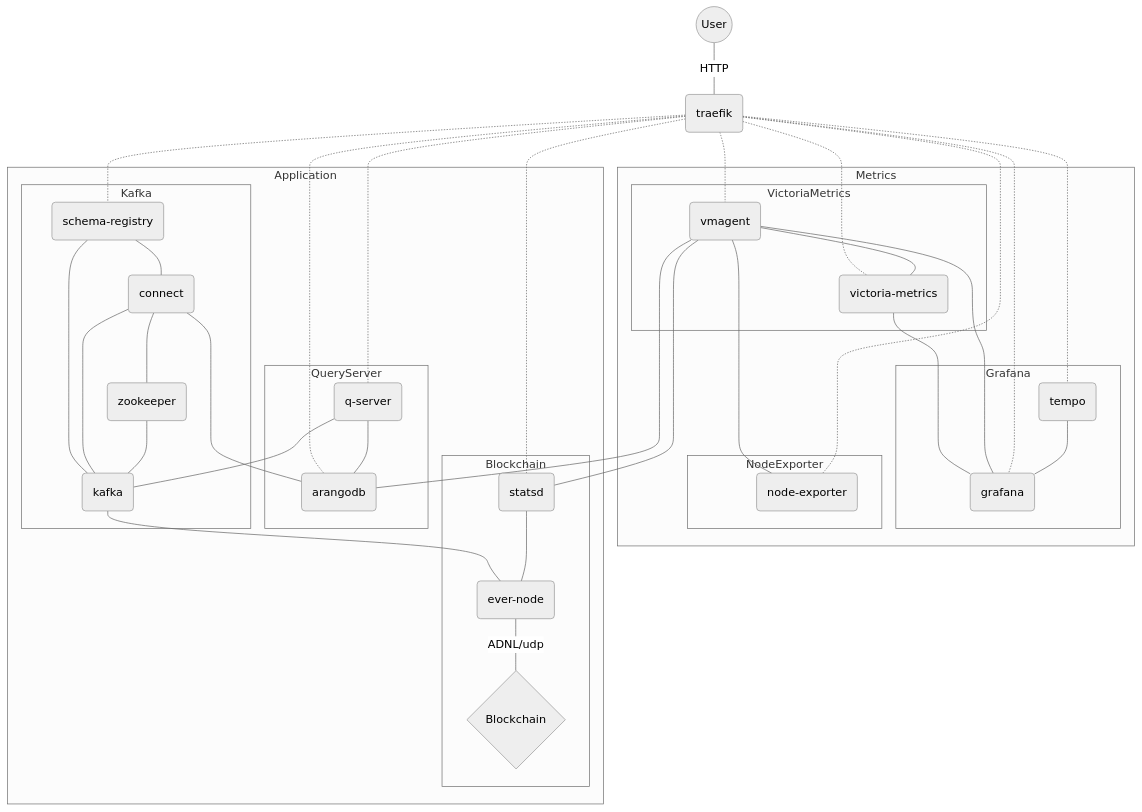
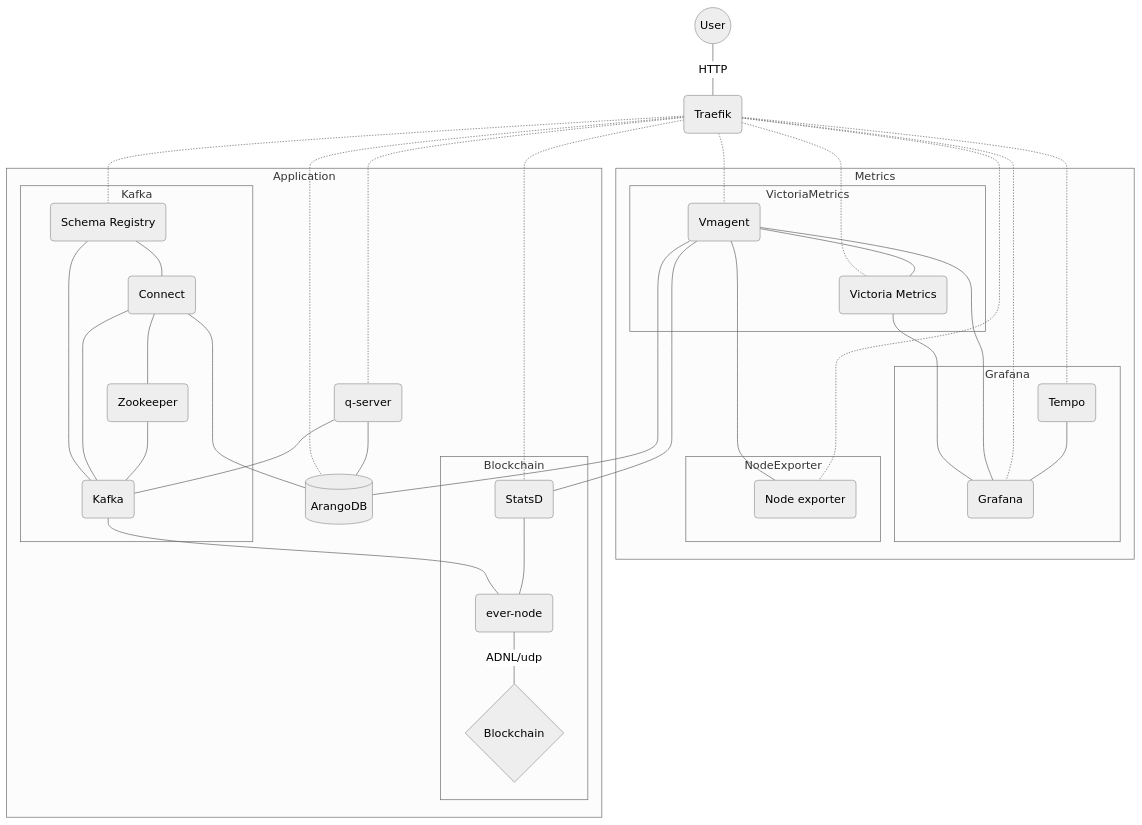
Before and after one commit to treeton-org/application-server: the first of 2 diagrams in README.md, drawn with Mermaid (neutral theme). The commit also changed other lines of this file, not shown here.

Commit message:
docs: Update mermaid scheme in README.md

````diff
--- a/README.md
+++ b/README.md
@@ -17,66 +17,67 @@
 ```mermaid
 flowchart TD
     subgraph Metrics
         VictoriaMetrics
         NodeExporter
         Grafana
     end
 
         subgraph VictoriaMetrics
-            vmagent(vmagent)
-            victoria-metrics(victoria-metrics)
+            vmagent(Vmagent)
+            victoria-metrics(Victoria Metrics)
             vmagent---victoria-metrics
         end
 
         subgraph Grafana
-            tempo(tempo)
-            grafana(grafana)
+            tempo(Tempo)
+            grafana(Grafana)
             tempo---grafana
         end
 
         subgraph NodeExporter
-            node-exporter(node-exporter)
+            node-exporter(Node exporter)
             node-exporter
         end
 
     subgraph Application
         Kafka
         QueryServer
         Blockchain
     end
 
         subgraph Kafka
-            zookeeper(zookeeper)
-            kafka(kafka)
-            schema-registry(schema-registry)
-            connect(connect)
+            zookeeper(Zookeeper)
+            kafka(Kafka)
+            schema-registry(Schema Registry)
+            connect(Connect)
             zookeeper---kafka
             connect---zookeeper & kafka
             schema-registry---kafka & connect
         end
 
         subgraph QueryServer
             q-server(q-server)
-            arangodb(arangodb)
+            arangodb[(ArangoDB)]
             q-server---arangodb
         end
+        style QueryServer color:transparent,stroke:transparent
 
         subgraph Blockchain
-            statsd(statsd)
+            statsd(StatsD)
             ever-node(ever-node)
             blockchain{Blockchain}
             statsd---ever-node---|ADNL/udp|blockchain
         end
 
 
     user((User))
-    traefik(traefik)
+    traefik(Traefik)
 
     user---|HTTP|traefik
     traefik-.-arangodb & tempo & schema-registry & vmagent & victoria-metrics & q-server & statsd & node-exporter & grafana
     kafka---ever-node
     connect---arangodb
     q-server---kafka
     vmagent-----grafana & statsd & node-exporter & arangodb
     victoria-metrics---grafana
 ```
````
